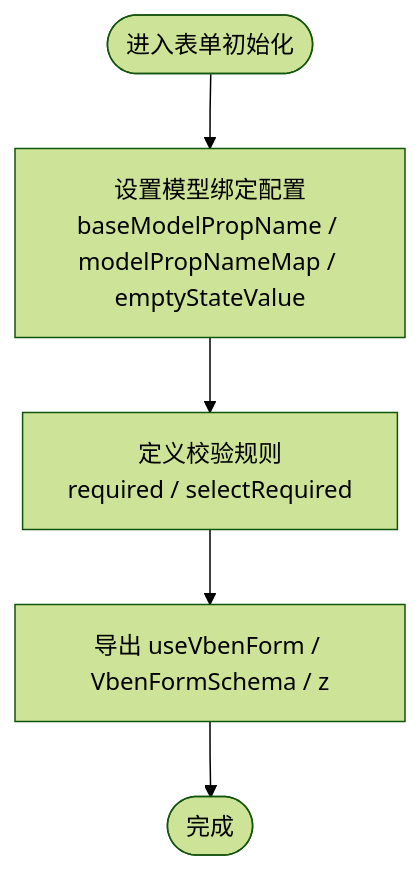
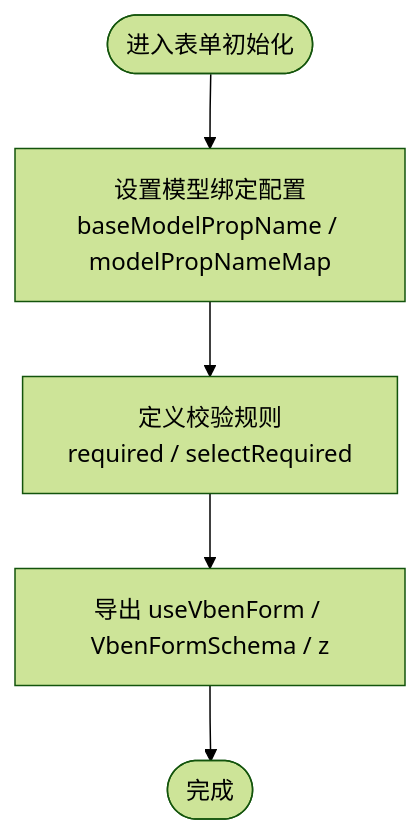
Before and after one commit to liuyinzhong/hive: the fourth of 6 diagrams in .qoder/repowiki/zh/content/多框架支持/多框架支持.md, drawn with Mermaid (forest theme). The commit also changed other lines of this file and 6 other files, not shown here.

````diff
--- a/.qoder/repowiki/zh/content/多框架支持/多框架支持.md
+++ b/.qoder/repowiki/zh/content/多框架支持/多框架支持.md
@@ -235,7 +161,7 @@
 ```mermaid
 flowchart TD
-Start(["进入表单初始化"]) --> SetConfig["设置模型绑定配置<br/>baseModelPropName / modelPropNameMap / emptyStateValue"]
+Start(["进入表单初始化"]) --> SetConfig["设置模型绑定配置<br/>baseModelPropName / modelPropNameMap"]
 SetConfig --> DefineRules["定义校验规则<br/>required / selectRequired"]
 DefineRules --> ExportAPI["导出 useVbenForm / VbenFormSchema / z"]
 ExportAPI --> End(["完成"])
 ```
````
